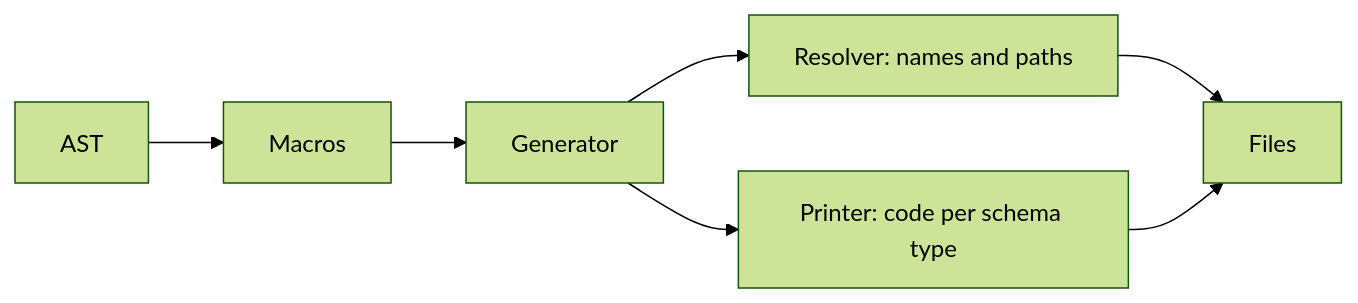
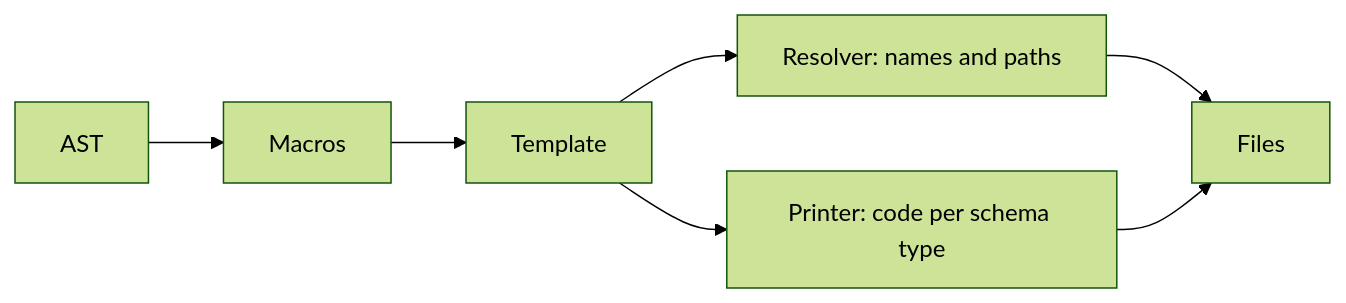
The diagram in docs/5.x/how-to/customize.md (kubb-labs/kubb), drawn with Mermaid (forest theme) before and after one commit. The commit also changed other lines of this file and 19 other files, not shown here.

````diff
--- a/docs/5.x/how-to/customize.md
+++ b/docs/5.x/how-to/customize.md
@@ -24,8 +24,8 @@
 ```mermaid
 flowchart LR
-  A[AST] --> M[Macros] --> G[Generator]
+  A[AST] --> M[Macros] --> G[Template]
   G --> R[Resolver: names and paths]
   G --> P[Printer: code per schema type]
   R --> F[Files]
   P --> F
 ```
````
